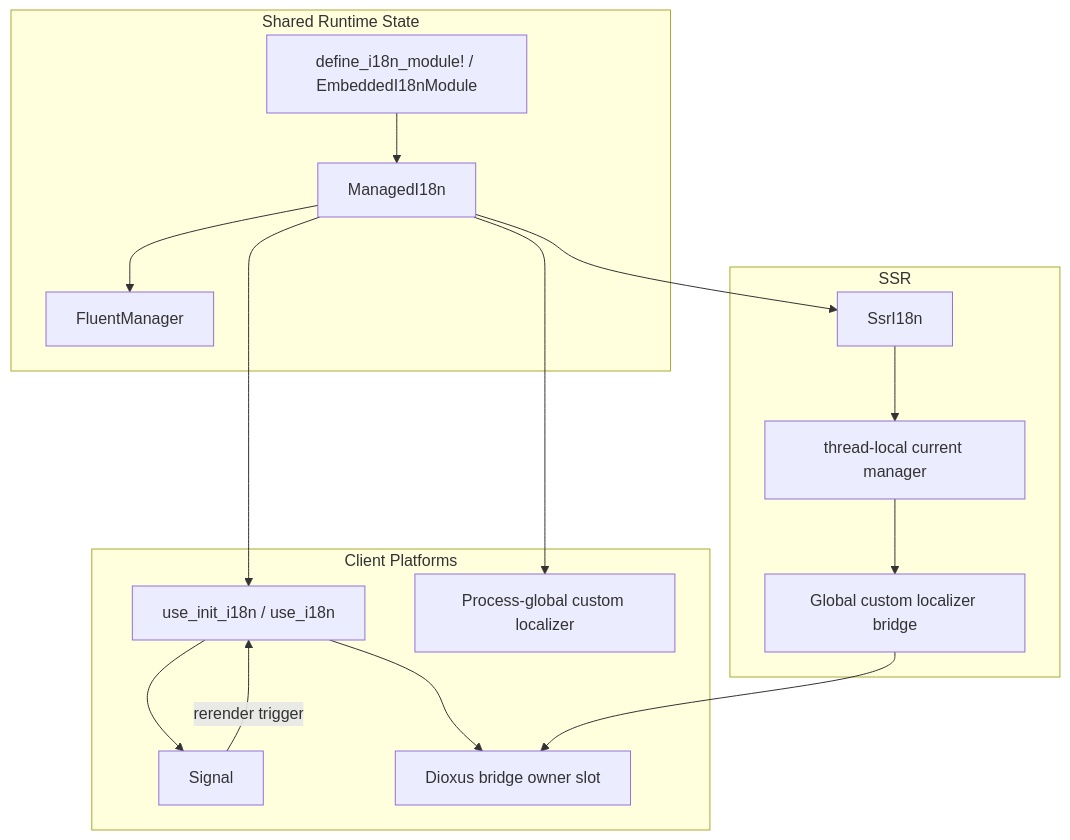
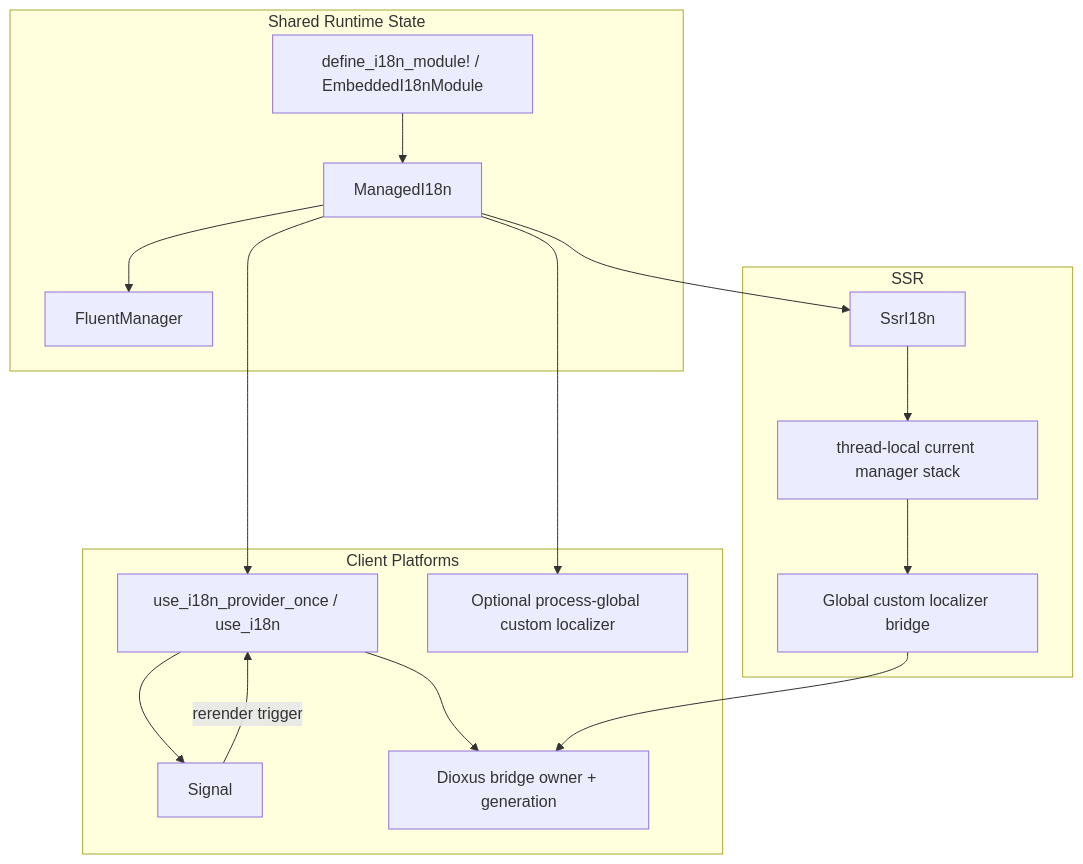
Before and after one commit to stayhydated/es-fluent: the diagram in crates/es-fluent-manager-dioxus/docs/ARCHITECTURE.md, drawn with Mermaid. The commit also changed other lines of this file and 15 other files, not shown here.

````diff
--- a/crates/es-fluent-manager-dioxus/docs/ARCHITECTURE.md
+++ b/crates/es-fluent-manager-dioxus/docs/ARCHITECTURE.md
@@ -28,35 +27,35 @@
 ```mermaid
 flowchart TD
     subgraph SHARED["Shared Runtime State"]
         MANAGED["ManagedI18n"]
         CORE["FluentManager"]
         EMBED["define_i18n_module! / EmbeddedI18nModule"]
     end
 
     subgraph CLIENT["Client Platforms"]
-        HOOK["use_init_i18n / use_i18n"]
+        HOOK["use_i18n_provider_once / use_i18n"]
         SIGNAL["Signal<LanguageIdentifier>"]
-        GLOBAL["Process-global custom localizer"]
-        OWNER["Dioxus bridge owner slot"]
+        GLOBAL["Optional process-global custom localizer"]
+        OWNER["Dioxus bridge owner + generation"]
     end
 
     subgraph SSR["SSR"]
         SSRI18N["SsrI18n"]
-        TLS["thread-local current manager"]
+        TLS["thread-local current manager stack"]
         SSRGLOBAL["Global custom localizer bridge"]
     end
 
     EMBED --> MANAGED
     MANAGED --> CORE
 
     MANAGED --> HOOK
     HOOK --> SIGNAL
     MANAGED --> GLOBAL
     SIGNAL -->|rerender trigger| HOOK
     HOOK --> OWNER
 
     MANAGED --> SSRI18N
     SSRI18N --> TLS
     TLS --> SSRGLOBAL
     SSRGLOBAL --> OWNER
 ```
````
